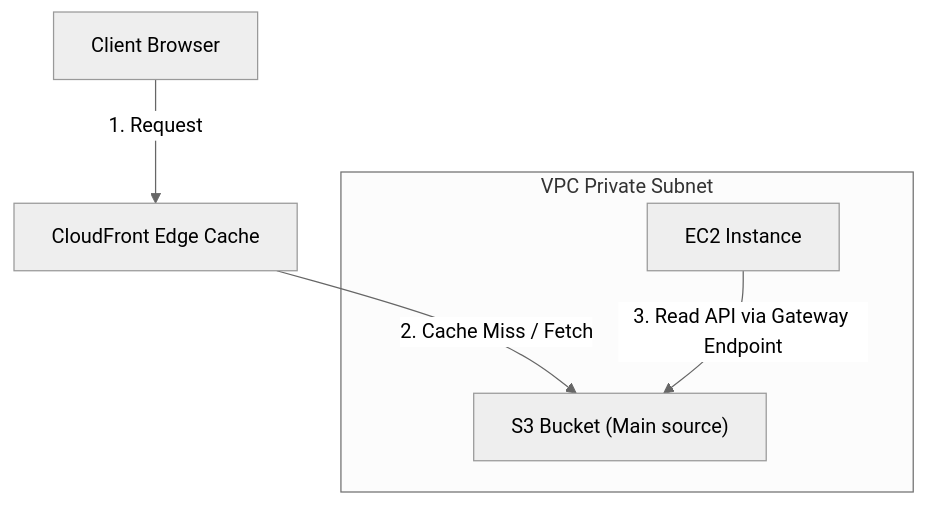
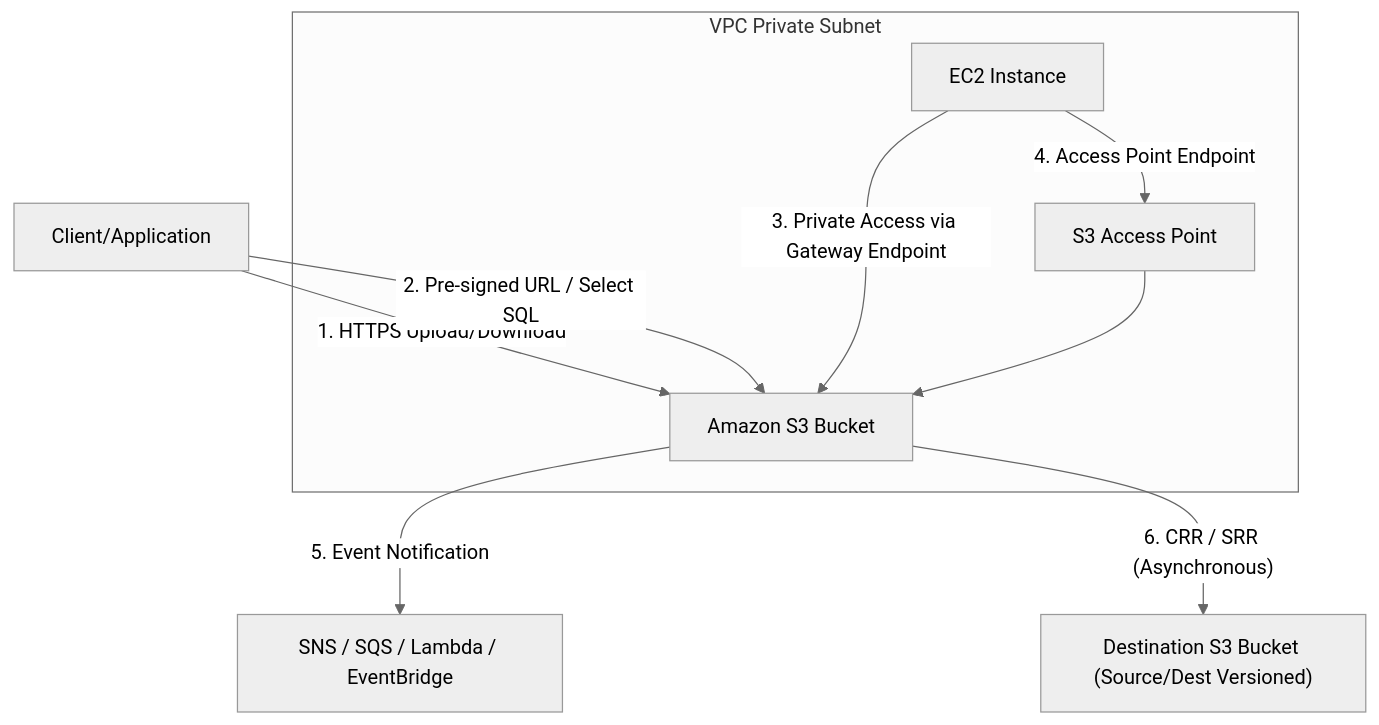
Before and after one commit to kmashour/BrainDump: the diagram in Reference Notes/3-6_aws_s3_storage.md, drawn with Mermaid (neutral theme). The commit also changed other lines of this file and 4 other files, not shown here.

````diff
--- a/Reference Notes/3-6_aws_s3_storage.md
+++ b/Reference Notes/3-6_aws_s3_storage.md
@@ -18,9 +18,14 @@
 ```mermaid
 graph TD
-    Client["Client Browser"] -->|"1. Request"| CloudFront["CloudFront Edge Cache"]
-    CloudFront -->|"2. Cache Miss / Fetch"| S3["S3 Bucket (Main source)"]
+    Client["Client/Application"] -->|"1. HTTPS Upload/Download"| S3Bucket["Amazon S3 Bucket"]
+    Client -->|"2. Pre-signed URL / Select SQL"| S3Bucket
     
-    subgraph PrivateNetwork["VPC Private Subnet"]
-        EC2["EC2 Instance"] -->|"3. Read API via Gateway Endpoint"| S3
+    subgraph PrivateVPC["VPC Private Subnet"]
+        EC2Instance["EC2 Instance"] -->|"3. Private Access via Gateway Endpoint"| S3Bucket
+        EC2Instance -->|"4. Access Point Endpoint"| AccessPoint["S3 Access Point"]
+        AccessPoint --> S3Bucket
     end
+    
+    S3Bucket -->|"5. Event Notification"| EventTarget["SNS / SQS / Lambda / EventBridge"]
+    S3Bucket -->|"6. CRR / SRR (Asynchronous)"| TargetBucket["Destination S3 Bucket (Source/Dest Versioned)"]
 ```
````
